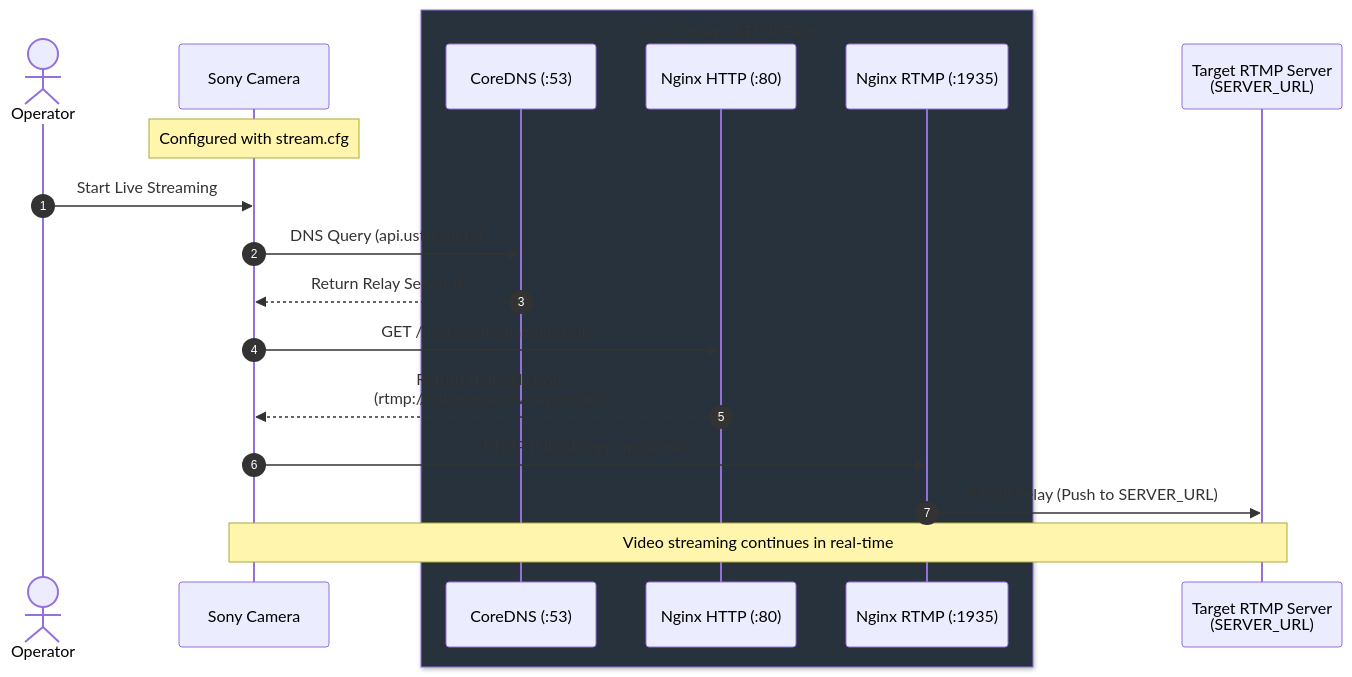
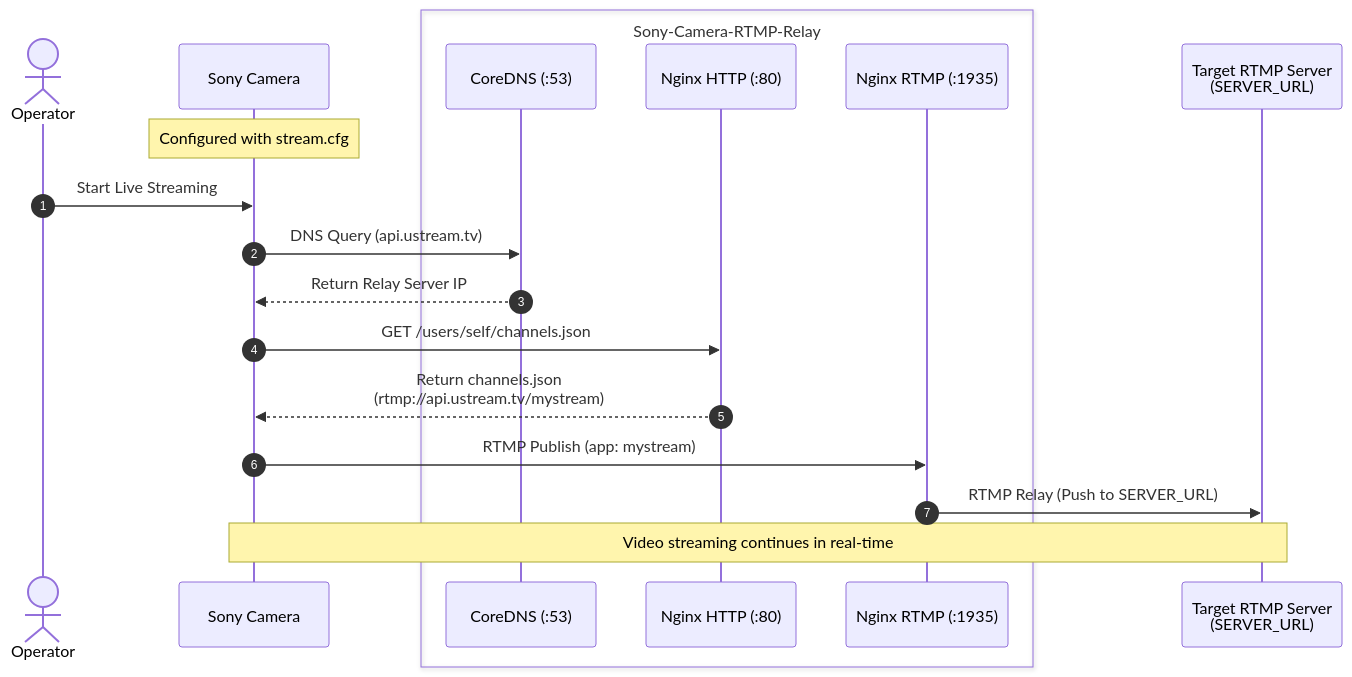
Before and after one commit to TechnoTUT/sony-camera-rtmp-relay: the diagram in .github/README.md, drawn with Mermaid.

Commit message:
Remove hardcoded box color to let GitHub theme handle background automatically

````diff
--- a/.github/README.md
+++ b/.github/README.md
@@ -7,22 +7,22 @@
 ```mermaid
 sequenceDiagram
     autonumber
     actor User as Operator
     participant Cam as Sony Camera
-    box rgba(40, 50, 60, 20) Sony-Camera-RTMP-Relay
+    box Sony-Camera-RTMP-Relay
         participant DNS as CoreDNS (:53)
         participant HTTP as Nginx HTTP (:80)
         participant RTMP as Nginx RTMP (:1935)
     end
     participant Dest as Target RTMP Server<br/>(SERVER_URL)
 
     Note over Cam: Configured with stream.cfg
     User->>Cam: Start Live Streaming
     Cam->>DNS: DNS Query (api.ustream.tv)
     DNS-->>Cam: Return Relay Server IP
     Cam->>HTTP: GET /users/self/channels.json
     HTTP-->>Cam: Return channels.json<br/>(rtmp://api.ustream.tv/mystream)
     Cam->>RTMP: RTMP Publish (app: mystream)
     RTMP->>Dest: RTMP Relay (Push to SERVER_URL)
     Note over Cam,Dest: Video streaming continues in real-time
 ```
````
